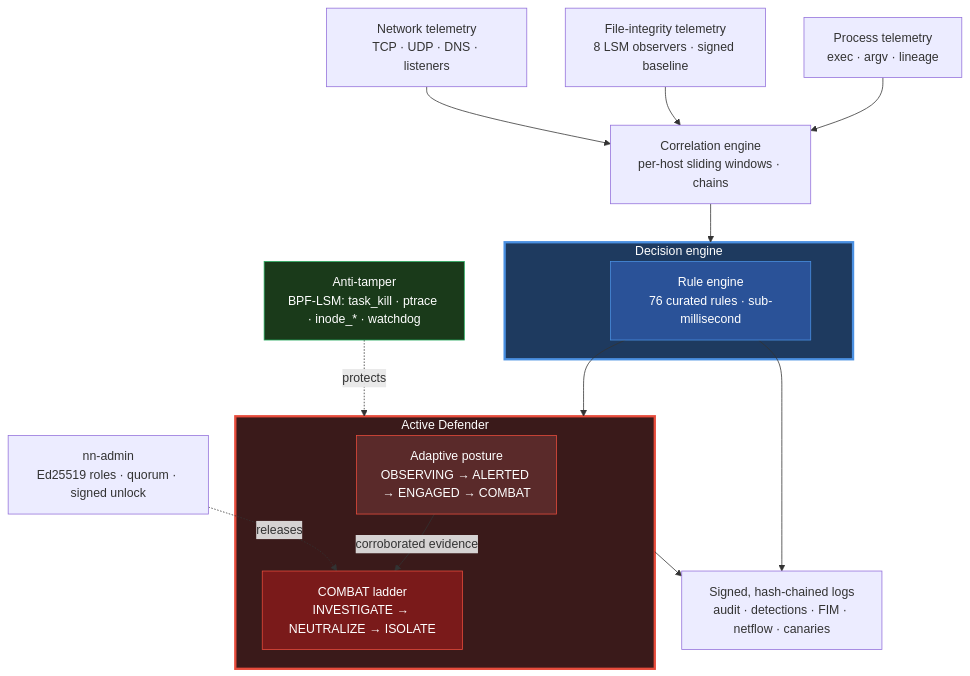
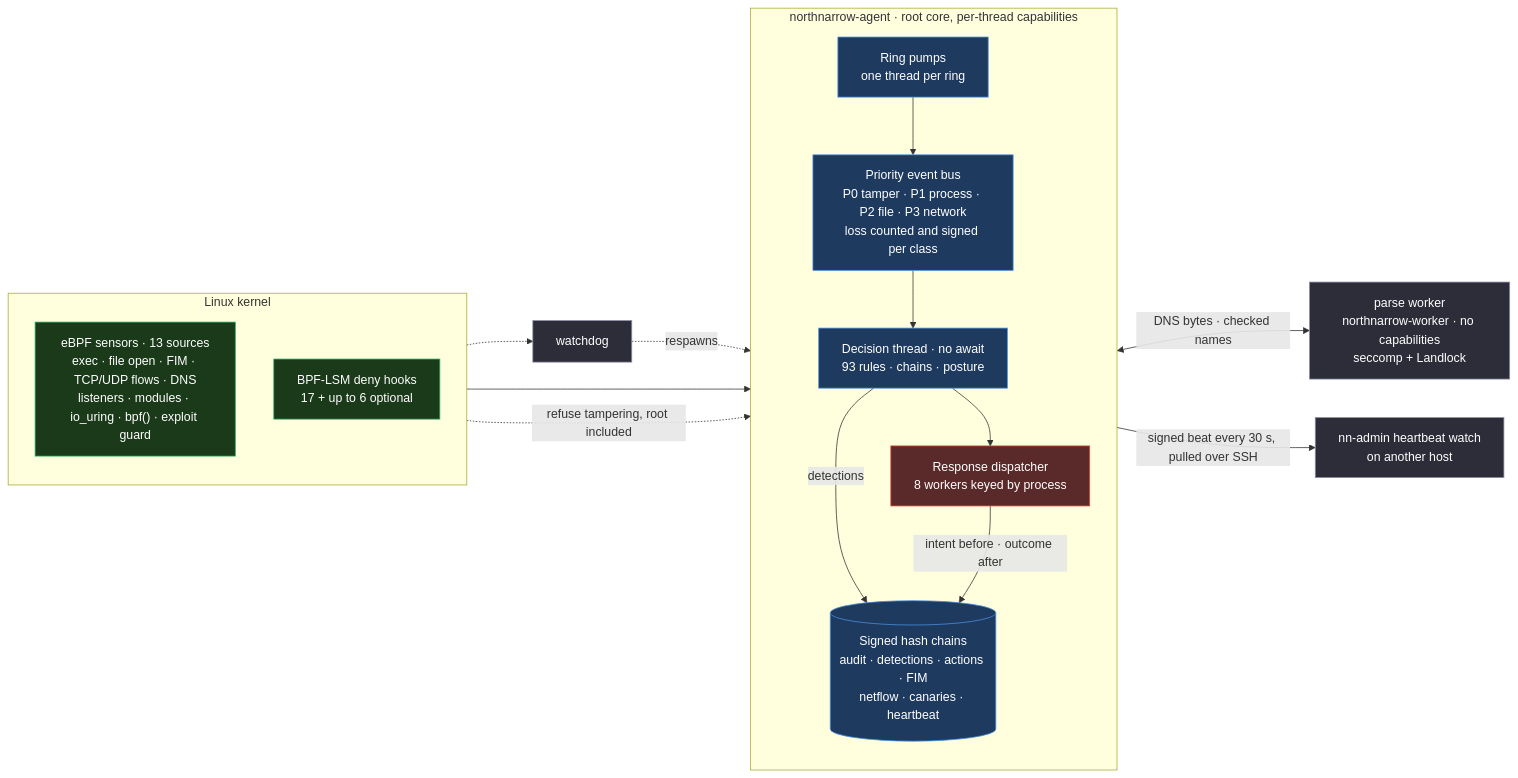
The diagram in README.md (northnarrow/northnarrow-new), drawn with Mermaid before and after one commit. The commit also changed other lines of this file, not shown here.

````diff
--- a/README.md
+++ b/README.md
@@ -55,38 +57,39 @@
 ```mermaid
-flowchart TD
-    PM[Process telemetry<br/>exec · argv · lineage]
-    FIM[File-integrity telemetry<br/>8 LSM observers · signed baseline]
-    NET[Network telemetry<br/>TCP · UDP · DNS · listeners]
-    CE[Correlation engine<br/>per-host sliding windows · chains]
-
-    subgraph CO["Decision engine"]
-        HO[Rule engine<br/>76 curated rules · sub-millisecond]
+flowchart LR
+    subgraph KERNEL["Linux kernel"]
+        direction TB
+        SENS["eBPF sensors · 13 sources<br/>exec · file open · FIM · TCP/UDP flows · DNS<br/>listeners · modules · io_uring · bpf() · exploit guard"]
+        LSM["BPF-LSM deny hooks<br/>17 + up to 6 optional"]
     end
 
-    subgraph AD["Active Defender"]
-        STATE[Adaptive posture<br/>OBSERVING → ALERTED → ENGAGED → COMBAT]
-        LADDER[COMBAT ladder<br/>INVESTIGATE → NEUTRALIZE → ISOLATE]
-        STATE -->|corroborated evidence| LADDER
+    subgraph CORE["northnarrow-agent · root core, per-thread capabilities"]
+        direction TB
+        PUMP["Ring pumps<br/>one thread per ring"]
+        BUS["Priority event bus<br/>P0 tamper · P1 process · P2 file · P3 network<br/>loss counted and signed per class"]
+        DEC["Decision thread · no await<br/>93 rules · chains · posture"]
+        DISP["Response dispatcher<br/>8 workers keyed by process"]
+        CHAINS[("Signed hash chains<br/>audit · detections · actions · FIM<br/>netflow · canaries · heartbeat")]
     end
 
-    AT[Anti-tamper<br/>BPF-LSM: task_kill · ptrace · inode_* · watchdog]
-    AUD[Signed, hash-chained logs<br/>audit · detections · FIM · netflow · canaries]
-    ADM[nn-admin<br/>Ed25519 roles · quorum · signed unlock]
+    PARSE["parse worker<br/>northnarrow-worker · no capabilities<br/>seccomp + Landlock"]
+    WD["watchdog"]
+    VER["nn-admin heartbeat watch<br/>on another host"]
 
-    PM --> CE
-    FIM --> CE
-    NET --> CE
-    CE --> CO
-    HO --> AD
-    HO --> AUD
-    AD --> AUD
-    AT -.protects.-> AD
-    ADM -.releases.-> LADDER
+    SENS --> PUMP --> BUS --> DEC --> DISP
+    PUMP <-->|"DNS bytes · checked names"| PARSE
+    DEC -->|detections| CHAINS
+    DISP -->|"intent before · outcome after"| CHAINS
+    CHAINS -->|"signed beat every 30 s, pulled over SSH"| VER
+    LSM -.->|"refuse tampering, root included"| CORE
+    LSM -.-> WD
+    WD -.->|respawns| CORE
 
-    style CO fill:#1e3a5f,stroke:#4a90e2,stroke-width:3px,color:#fff
-    style HO fill:#2a5298,stroke:#4a90e2,color:#fff
-    style AD fill:#3a1a1a,stroke:#e74c3c,stroke-width:3px,color:#fff
-    style STATE fill:#5a2a2a,stroke:#e74c3c,color:#fff
-    style LADDER fill:#7a1a1a,stroke:#e74c3c,color:#fff
-    style AT fill:#1a3a1a,stroke:#27ae60,color:#fff
+    classDef kernel fill:#1a3a1a,stroke:#27ae60,color:#fff
+    classDef core fill:#1e3a5f,stroke:#4a90e2,color:#fff
+    classDef act fill:#5a2a2a,stroke:#e74c3c,color:#fff
+    classDef side fill:#2d2d3a,stroke:#8e8ea8,color:#fff
+    class SENS,LSM kernel
+    class PUMP,BUS,DEC,CHAINS core
+    class DISP act
+    class PARSE,WD,VER side
 ```
````
